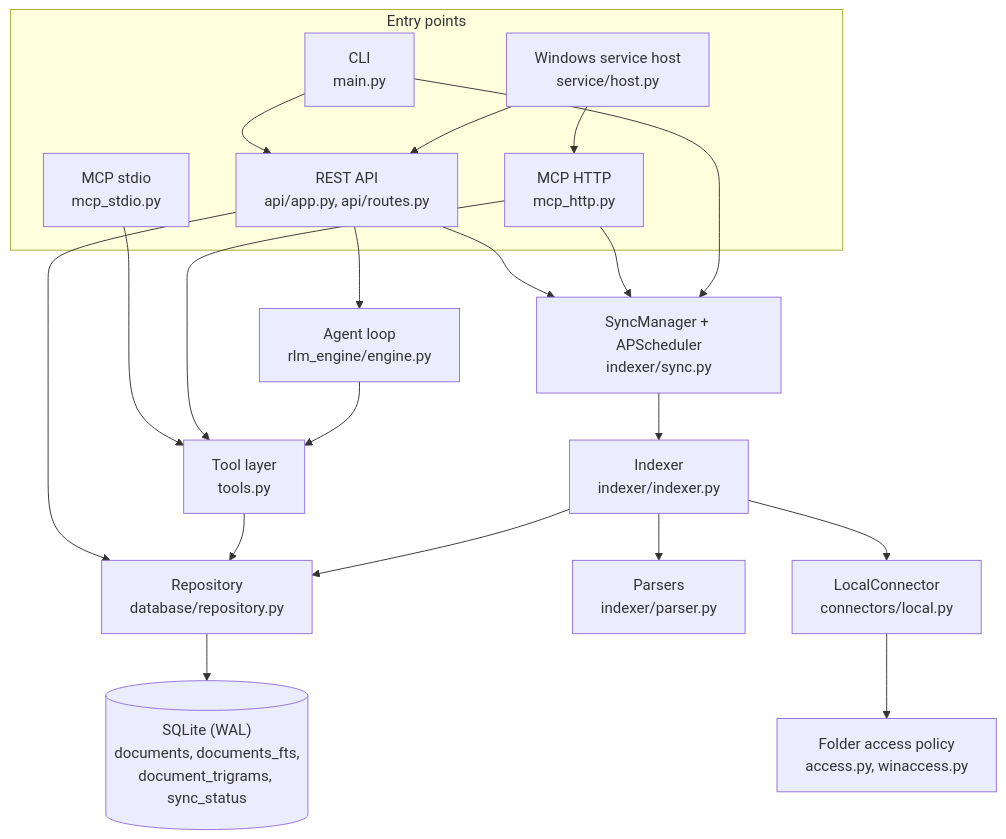
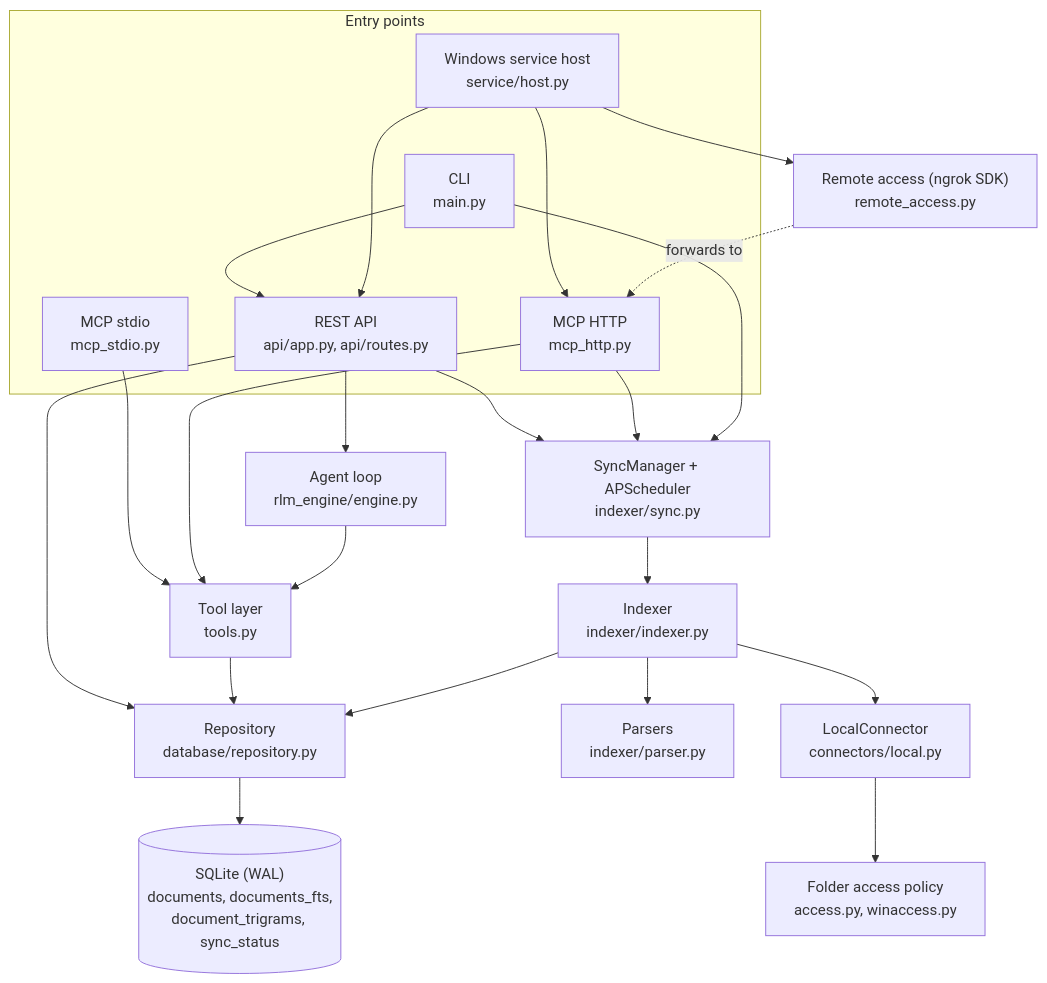
The first of 2 diagrams in ARCHITECTURE.md (cgaeking/rootmind), drawn with Mermaid before and after one commit. The commit also changed other lines of this file and 41 other files, not shown here.

First line of the commit message:
feat: built-in remote access for cloud assistants via ngrok (2.2.0) (#30)

````diff
--- a/ARCHITECTURE.md
+++ b/ARCHITECTURE.md
@@ -30,38 +30,41 @@
 ```mermaid
 flowchart TB
     subgraph surfaces["Entry points"]
         rest["REST API<br/>api/app.py, api/routes.py"]
         stdio["MCP stdio<br/>mcp_stdio.py"]
         http["MCP HTTP<br/>mcp_http.py"]
         cli["CLI<br/>main.py"]
         host["Windows service host<br/>service/host.py"]
     end
     engine["Agent loop<br/>rlm_engine/engine.py"]
     tools["Tool layer<br/>tools.py"]
     repo["Repository<br/>database/repository.py"]
     db[("SQLite (WAL)<br/>documents, documents_fts,<br/>document_trigrams, sync_status")]
     sync["SyncManager + APScheduler<br/>indexer/sync.py"]
     indexer["Indexer<br/>indexer/indexer.py"]
     parsers["Parsers<br/>indexer/parser.py"]
     conn["LocalConnector<br/>connectors/local.py"]
     policy["Folder access policy<br/>access.py, winaccess.py"]
+    remote["Remote access (ngrok SDK)<br/>remote_access.py"]
 
     cli --> rest
     host --> rest
     host --> http
+    host --> remote
+    remote -.->|"forwards to"| http
     rest --> engine
     rest --> repo
     rest --> sync
     stdio --> tools
     http --> tools
     http --> sync
     cli --> sync
     engine --> tools
     tools --> repo
     repo --> db
     sync --> indexer
     indexer --> conn
     conn --> policy
     indexer --> parsers
     indexer --> repo
 ```
````
